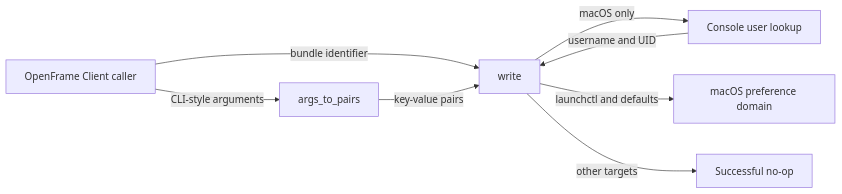
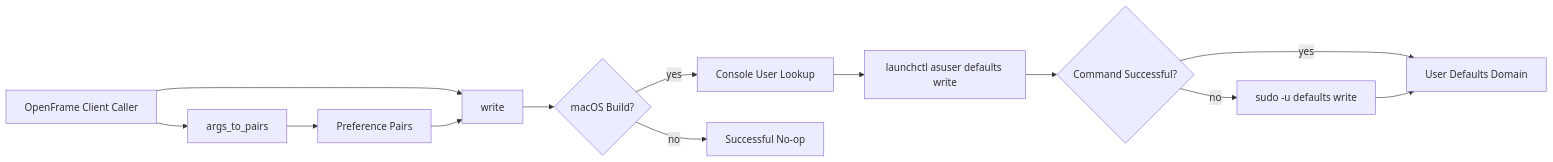
One commit to flamingo-stack/openframe-oss-tenant changed the first of 3 diagrams in docs/reference/architecture/openframe-client-core/platform-preferences-writer/platform-preferences-writer.md. Above: the diagram before and after it, drawn with Mermaid. The commit also changed other lines of this file and 2377 other files, not shown here.

````diff
--- a/docs/reference/architecture/openframe-client-core/platform-preferences-writer/platform-preferences-writer.md
+++ b/docs/reference/architecture/openframe-client-core/platform-preferences-writer/platform-preferences-writer.md
@@ -22,10 +20,15 @@
 ```mermaid
 flowchart LR
-    Caller["OpenFrame Client caller"] -->|"CLI-style arguments"| Parser["args_to_pairs"]
-    Caller -->|"bundle identifier"| Writer["write"]
-    Parser -->|"key-value pairs"| Writer
-    Writer -->|"macOS only"| ConsoleUser["Console user lookup"]
-    ConsoleUser -->|"username and UID"| Writer
-    Writer -->|"launchctl and defaults"| MacPrefs["macOS preference domain"]
-    Writer -->|"other targets"| NoOp["Successful no-op"]
+    Caller["OpenFrame Client Caller"] --> Parser["args_to_pairs"]
+    Caller --> Writer["write"]
+    Parser --> Pairs["Preference Pairs"]
+    Pairs --> Writer
+    Writer --> PlatformCheck{"macOS Build?"}
+    PlatformCheck -->|"yes"| ConsoleUser["Console User Lookup"]
+    ConsoleUser --> Launchctl["launchctl asuser defaults write"]
+    Launchctl --> Success{"Command Successful?"}
+    Success -->|"yes"| DefaultsDomain["User Defaults Domain"]
+    Success -->|"no"| Fallback["sudo -u defaults write"]
+    Fallback --> DefaultsDomain
+    PlatformCheck -->|"no"| NoOp["Successful No-op"]
 ```
````
